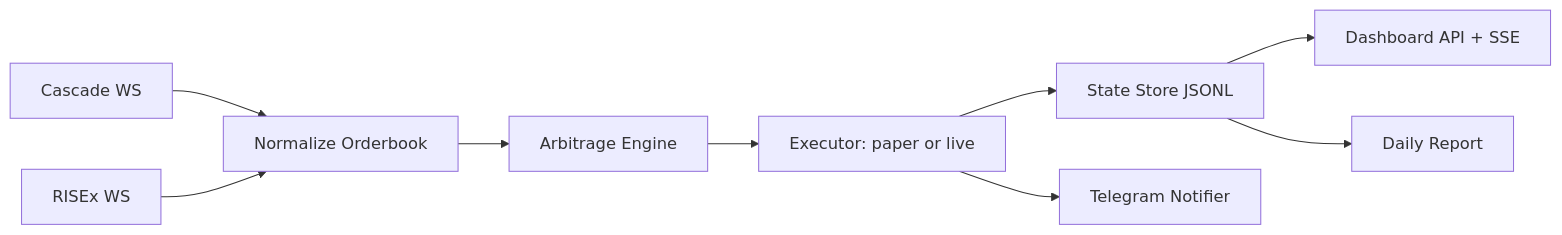
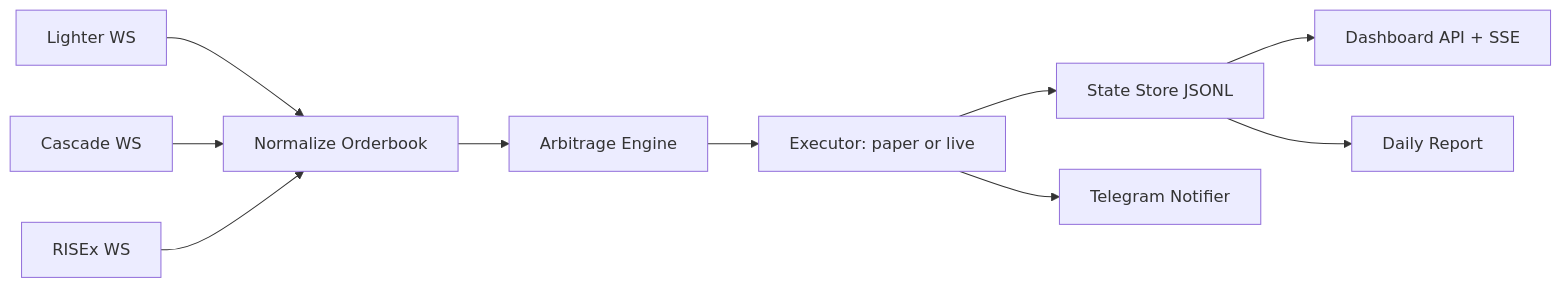
One commit to myungjungcrypto/autotrading_btc_eth changed the diagram in docs/architecture.md. Above: the diagram before and after it, drawn with Mermaid. The commit also changed other lines of this file and 17 other files, not shown here.

````diff
--- a/docs/architecture.md
+++ b/docs/architecture.md
@@ -32,11 +32,12 @@
 ```mermaid
 flowchart LR
-  C["Cascade WS"] --> N["Normalize Orderbook"]
+  L["Lighter WS"] --> N["Normalize Orderbook"]
+  C["Cascade WS"] --> N
   R["RISEx WS"] --> N
   N --> E["Arbitrage Engine"]
   E --> X["Executor: paper or live"]
   X --> S["State Store JSONL"]
   S --> D["Dashboard API + SSE"]
   S --> P["Daily Report"]
   X --> T["Telegram Notifier"]
 ```
````
